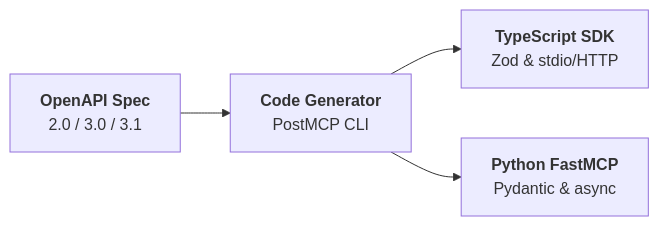
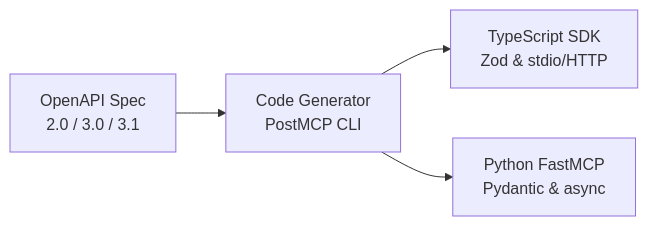
Before and after one commit to BraveRam/postmcp: the diagram in packages/studio/content/docs/codegen/index.mdx, drawn with Mermaid. The commit also changed other lines of this file and 12 other files, not shown here.

Commit message:
docs(mermaid): fix edge statement grammar and scrub obsolete preset references across documentation

````diff
--- a/packages/studio/content/docs/codegen/index.mdx
+++ b/packages/studio/content/docs/codegen/index.mdx
@@ -15,7 +15,6 @@
 ```mermaid
 flowchart LR
-  Spec["<b>OpenAPI Spec</b><br/>2.0 / 3.0 / 3.1"]
-  --> Gen["<b>Code Generator</b><br/>PostMCP CLI"]
-  Gen --> TS["<b>TypeScript SDK</b><br/>Zod & stdio/HTTP"]
-  Gen --> PY["<b>Python FastMCP</b><br/>Pydantic & async"]
+  Spec["OpenAPI Spec<br/>2.0 / 3.0 / 3.1"] --> Gen["Code Generator<br/>PostMCP CLI"]
+  Gen --> TS["TypeScript SDK<br/>Zod & stdio/HTTP"]
+  Gen --> PY["Python FastMCP<br/>Pydantic & async"]
 ```
````
